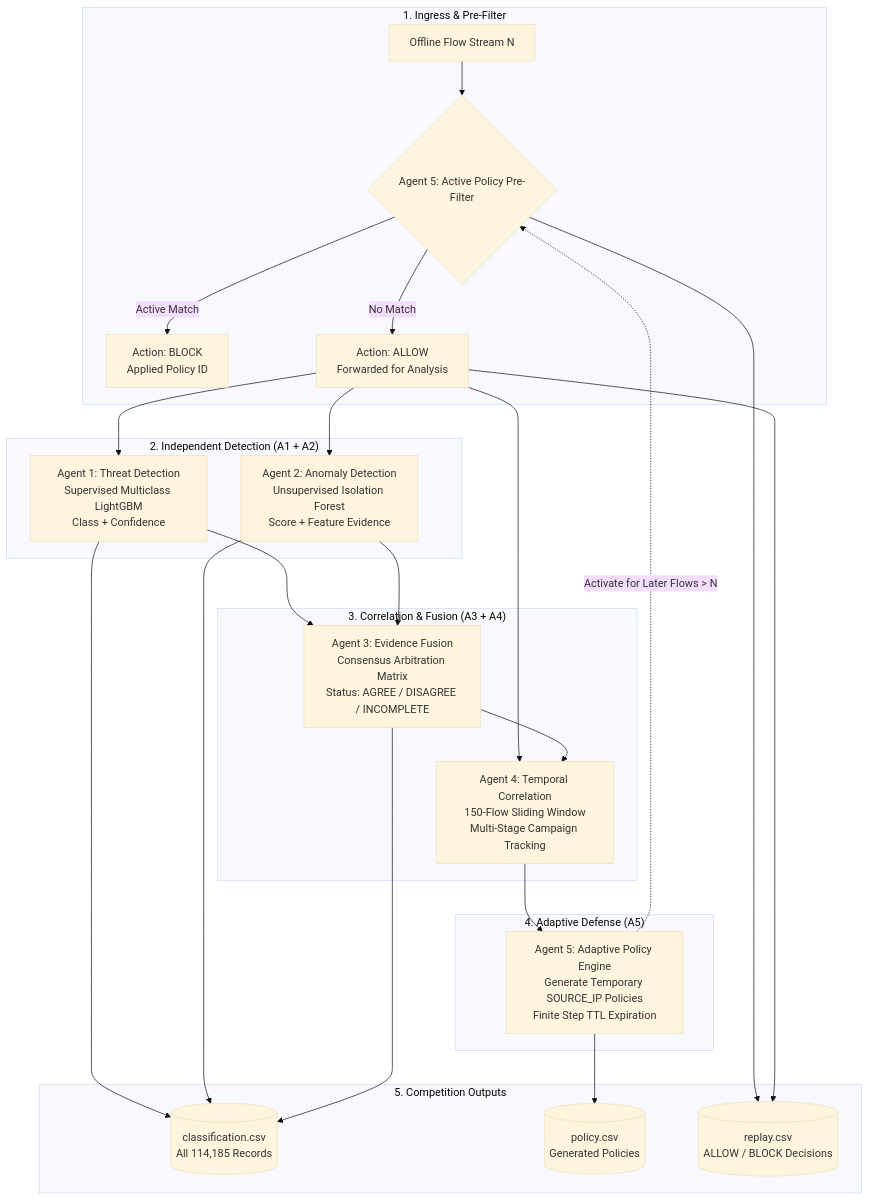
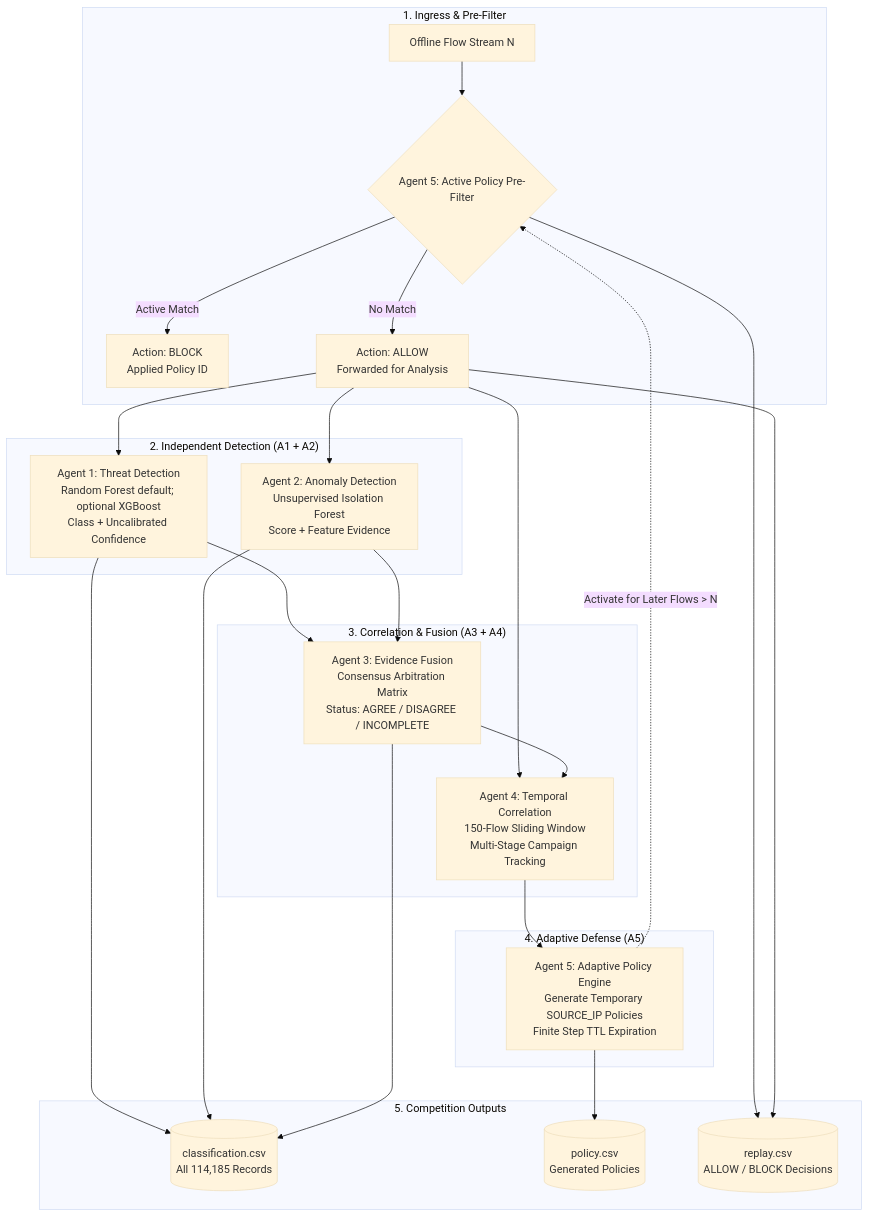
Before and after one commit to Aarush-JIIT-2030/jai: the diagram in docs/architecture.md, drawn with Mermaid (base theme). The commit also changed other lines of this file and 18 other files, not shown here.

````diff
--- a/docs/architecture.md
+++ b/docs/architecture.md
@@ -7,31 +7,31 @@
 ```mermaid
 flowchart TD
     subgraph Ingress ["1. Ingress & Pre-Filter"]
         A[Offline Flow Stream N] --> PF{Agent 5: Active Policy Pre-Filter}
         PF -->|Active Match| BLK[Action: BLOCK<br/>Applied Policy ID]
         PF -->|No Match| ALW[Action: ALLOW<br/>Forwarded for Analysis]
     end
 
     subgraph Detection ["2. Independent Detection (A1 + A2)"]
-        ALW --> D1[Agent 1: Threat Detection<br/>Supervised Multiclass LightGBM<br/>Class + Confidence]
+        ALW --> D1[Agent 1: Threat Detection<br/>Random Forest default; optional XGBoost<br/>Class + Uncalibrated Confidence]
         ALW --> D2[Agent 2: Anomaly Detection<br/>Unsupervised Isolation Forest<br/>Score + Feature Evidence]
     end
 
     subgraph FusionAndCorrelation ["3. Correlation & Fusion (A3 + A4)"]
         D1 --> F3[Agent 3: Evidence Fusion<br/>Consensus Arbitration Matrix<br/>Status: AGREE / DISAGREE / INCOMPLETE]
         D2 --> F3
         ALW --> C4[Agent 4: Temporal Correlation<br/>150-Flow Sliding Window<br/>Multi-Stage Campaign Tracking]
         F3 --> C4
     end
 
     subgraph DefenseResponse ["4. Adaptive Defense (A5)"]
         C4 --> R5[Agent 5: Adaptive Policy Engine<br/>Generate Temporary SOURCE_IP Policies<br/>Finite Step TTL Expiration]
         R5 -.->|Activate for Later Flows > N| PF
     end
 
     subgraph Submission ["5. Competition Outputs"]
         D1 & D2 & F3 --> CSV1[(classification.csv<br/>All 114,185 Records)]
         R5 --> CSV2[(policy.csv<br/>Generated Policies)]
         PF & ALW --> CSV3[(replay.csv<br/>ALLOW / BLOCK Decisions)]
     end
 ```
````
